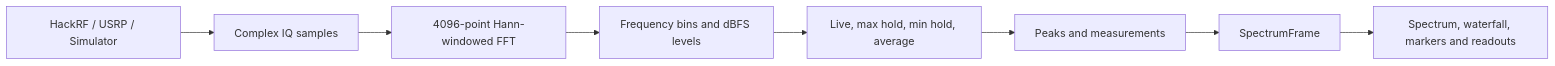
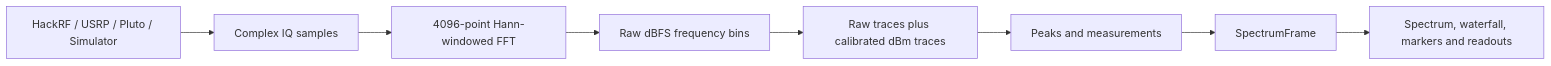
The diagram in README.md (satcomproject25/Cross-SDR-Spectrum-Analyzer), drawn with Mermaid before and after one commit. The commit also changed other lines of this file and 21 other files, not shown here.

````diff
--- a/README.md
+++ b/README.md
@@ -42,10 +44,10 @@
 ```mermaid
 flowchart LR
-    A["HackRF / USRP / Simulator"] --> B["Complex IQ samples"]
+    A["HackRF / USRP / Pluto / Simulator"] --> B["Complex IQ samples"]
     B --> C["4096-point Hann-windowed FFT"]
-    C --> D["Frequency bins and dBFS levels"]
-    D --> E["Live, max hold, min hold, average"]
+    C --> D["Raw dBFS frequency bins"]
+    D --> E["Raw traces plus calibrated dBm traces"]
     E --> F["Peaks and measurements"]
     F --> G["SpectrumFrame"]
     G --> H["Spectrum, waterfall, markers and readouts"]
 ```
````
